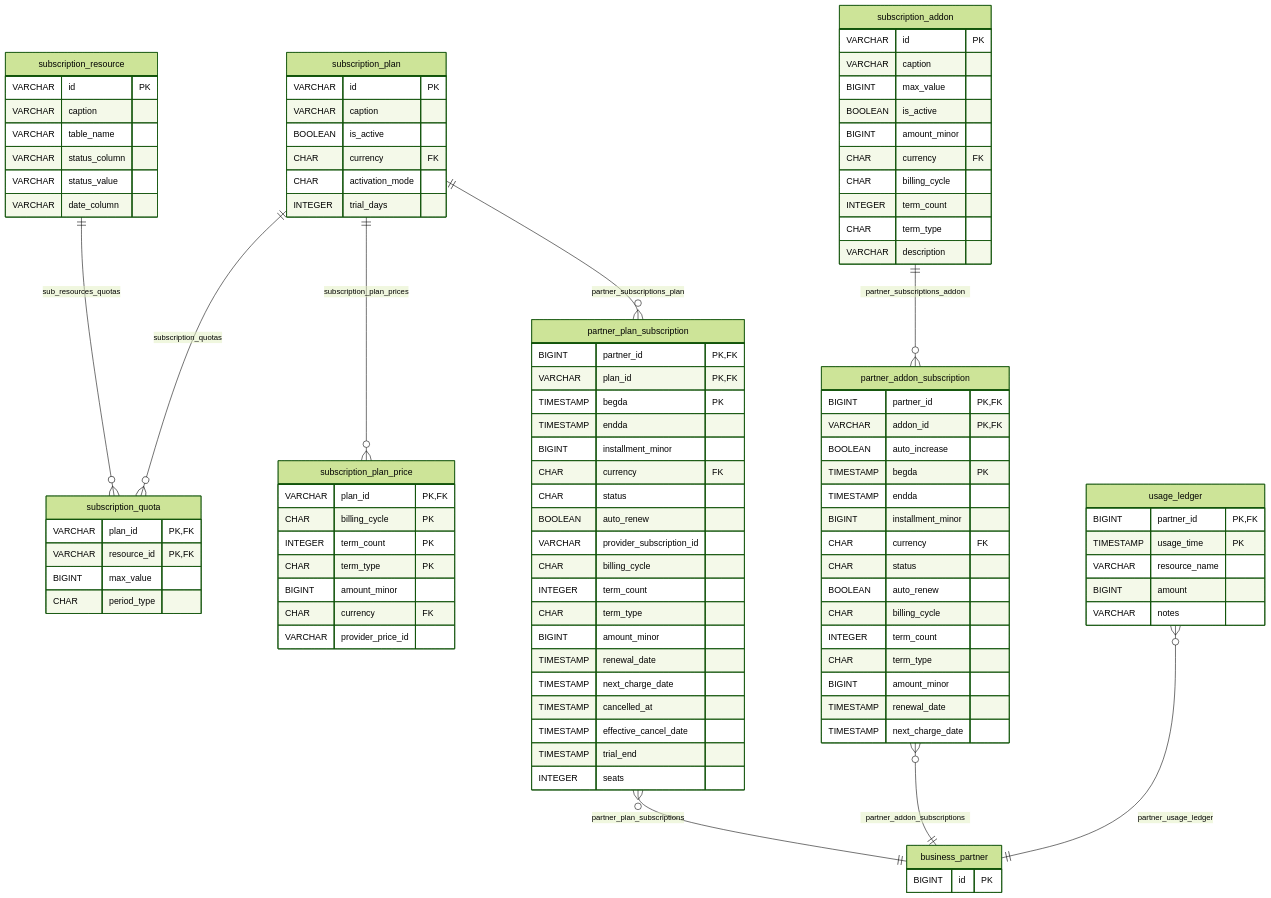
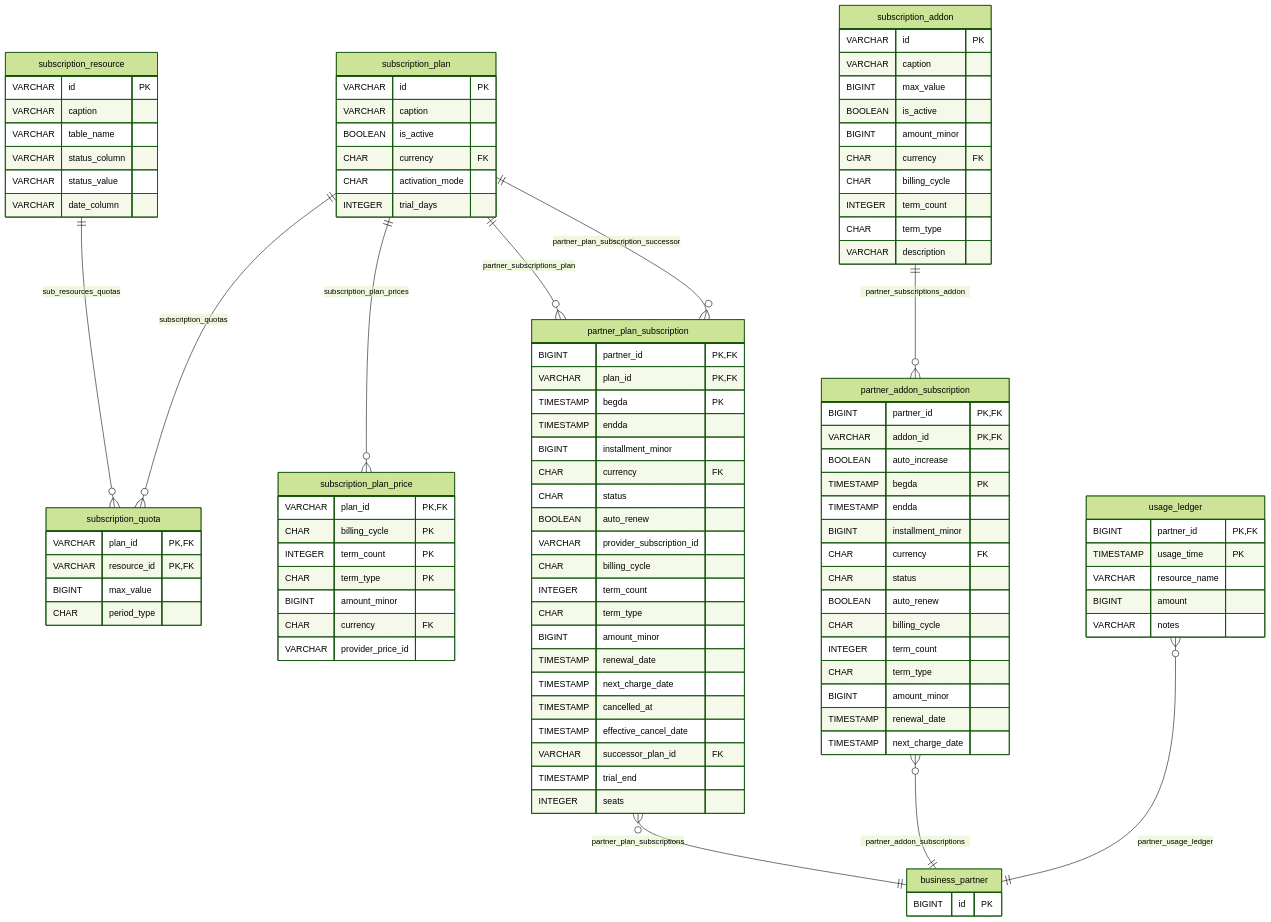
One commit to nauticana/keel changed diagram 16 of 24 in doc/database.md. Above: the diagram before and after it, drawn with Mermaid (forest theme). The commit also changed 20 other files, not shown here.

```diff
--- a/doc/database.md
+++ b/doc/database.md
@@ -1029,6 +1029,7 @@
     subscription_plan ||--o{ subscription_quota : "subscription_quotas"
     subscription_plan ||--o{ subscription_plan_price : "subscription_plan_prices"
     subscription_plan ||--o{ partner_plan_subscription : "partner_subscriptions_plan"
+    subscription_plan ||--o{ partner_plan_subscription : "partner_plan_subscription_successor"
     subscription_addon ||--o{ partner_addon_subscription : "partner_subscriptions_addon"
     partner_plan_subscription }o--|| business_partner : "partner_plan_subscriptions"
     partner_addon_subscription }o--|| business_partner : "partner_addon_subscriptions"
@@ -1095,6 +1096,7 @@
         TIMESTAMP next_charge_date
         TIMESTAMP cancelled_at
         TIMESTAMP effective_cancel_date
+        VARCHAR successor_plan_id FK
         TIMESTAMP trial_end
         INTEGER seats
     }
```
